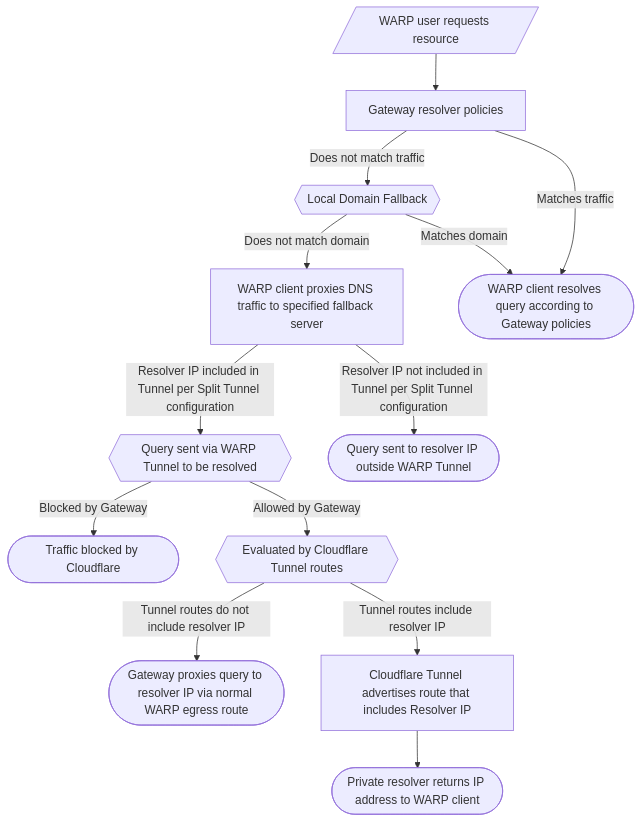
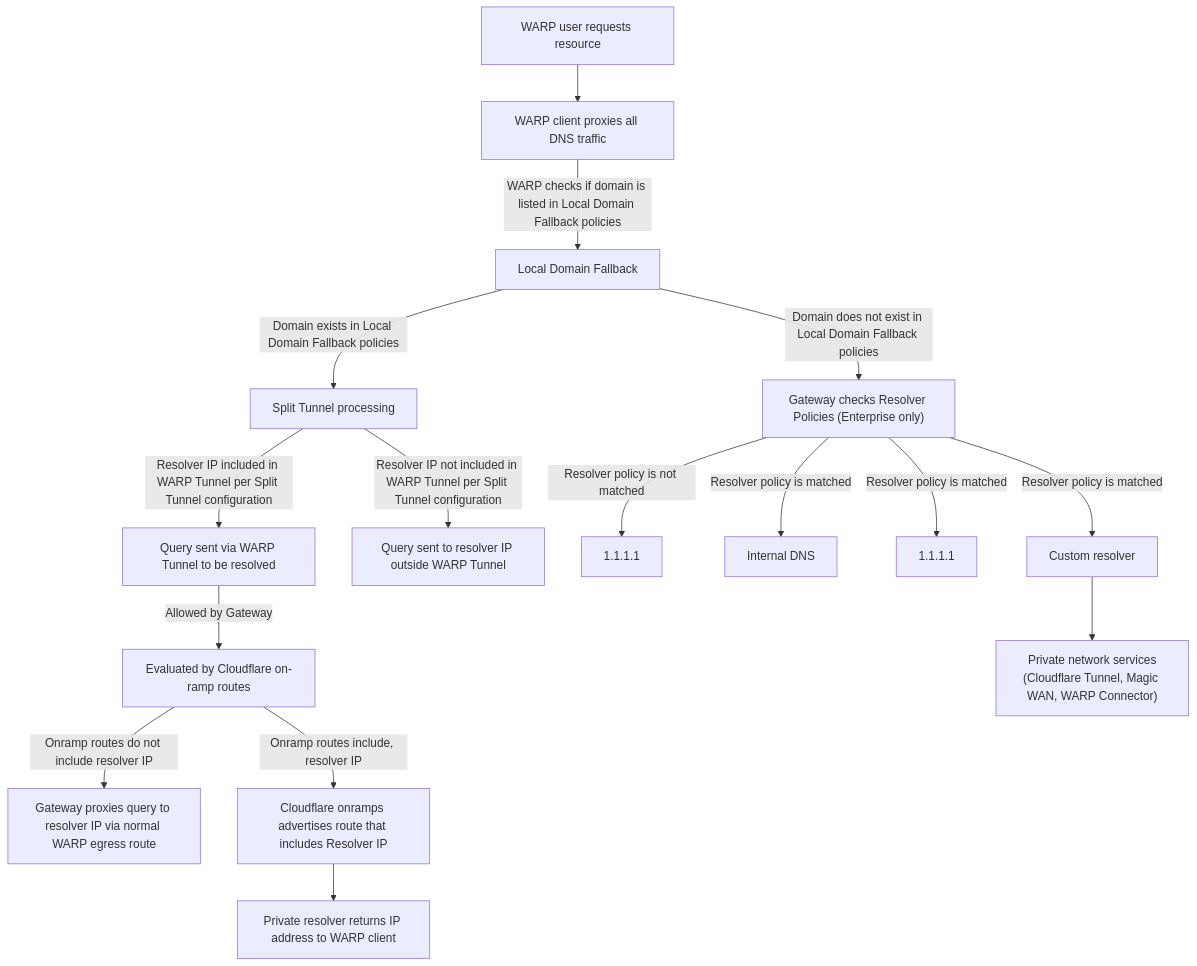
The diagram in src/content/docs/cloudflare-one/connections/connect-devices/warp/configure-warp/route-traffic/index.mdx (rdhanarot/cloudflare-docs), drawn with Mermaid before and after one commit. The commit also changed other lines of this file, not shown here.

Commit message:
[CF1] new warp routing table (#24263)
* [CF1] new warp routing table

* better chart

* chart and term

* final edit

````diff
--- a/src/content/docs/cloudflare-one/connections/connect-devices/warp/configure-warp/route-traffic/index.mdx
+++ b/src/content/docs/cloudflare-one/connections/connect-devices/warp/configure-warp/route-traffic/index.mdx
@@ -28,27 +30,26 @@
 ```mermaid
 flowchart TD
-    D["WARP client proxies DNS traffic to specified fallback server"] -- Resolver IP included in Tunnel per Split Tunnel configuration --> E["Query sent via WARP Tunnel to be resolved"]
-    D -- Resolver IP not included in Tunnel per Split Tunnel configuration --> F["Query sent to resolver IP outside WARP Tunnel"]
-    E -- Blocked by Gateway --> G["Traffic blocked by Cloudflare"]
-    E -- Allowed by Gateway --> H["Evaluated by Cloudflare Tunnel routes"]
-    H -- Tunnel routes do not include resolver IP --> I["Gateway proxies query to resolver IP via normal WARP egress route"]
-    H -- Tunnel routes include resolver IP --> J["Cloudflare Tunnel advertises route that includes Resolver IP"]
-    J --> L["Private resolver returns IP address to WARP client"]
-    n1["Local Domain Fallback"] -- Matches domain --> C["WARP client resolves query according to Gateway policies"]
-    n1 -- Does not match domain --> D
-    A["WARP user requests resource"] --> n2["Gateway resolver policies"]
-    n2 -- Does not match traffic --> n1
-    n2 -- Matches traffic --> C
+    A["WARP user requests resource"] --> B["WARP client proxies all DNS traffic"]
+    B -- WARP checks if domain is listed in Local Domain Fallback policies --> C["Local Domain Fallback"]
 
-    D@{ shape: rect}
-    E@{ shape: hex}
-    F@{ shape: terminal}
-    G@{ shape: terminal}
-    H@{ shape: hex}
-    I@{ shape: terminal}
-    L@{ shape: terminal}
-    n1@{ shape: hex}
-    C@{ shape: terminal}
-    A@{ shape: in-out}
-    n2@{ shape: proc}
+    %% Left branch (LDF exists)
+    C -- Domain exists in Local Domain Fallback policies --> ST["Split Tunnel processing"]
+
+    ST -- Resolver IP included in WARP Tunnel per Split Tunnel configuration --> QW["Query sent via WARP Tunnel to be resolved"]
+    ST -- Resolver IP not included in WARP Tunnel per Split Tunnel configuration --> QO["Query sent to resolver IP outside WARP Tunnel"]
+
+    QW -- Allowed by Gateway --> OR["Evaluated by Cloudflare on-ramp routes"]
+    OR -- Onramp routes do not include resolver IP --> GP["Gateway proxies query to resolver IP via normal WARP egress route"]
+    OR -- Onramp routes include, resolver IP --> ADV["Cloudflare onramps advertises route that includes Resolver IP"]
+    ADV --> PR["Private resolver returns IP address to WARP client"]
+
+    %% Right branch (no LDF match)
+    C -- Domain does not exist in Local Domain Fallback policies --> GWR["Gateway checks Resolver Policies (Enterprise only)"]
+
+    GWR -- Resolver policy is not matched --> C1111a["1.1.1.1"]
+
+    GWR -- Resolver policy is matched --> IDNS["Internal DNS"]
+    GWR -- Resolver policy is matched --> C1111b["1.1.1.1"]
+    GWR -- Resolver policy is matched --> CUST["Custom resolver"]
+    CUST --> PNS["Private network services<br>(Cloudflare Tunnel, Magic WAN, WARP Connector)"]
 ```
````
